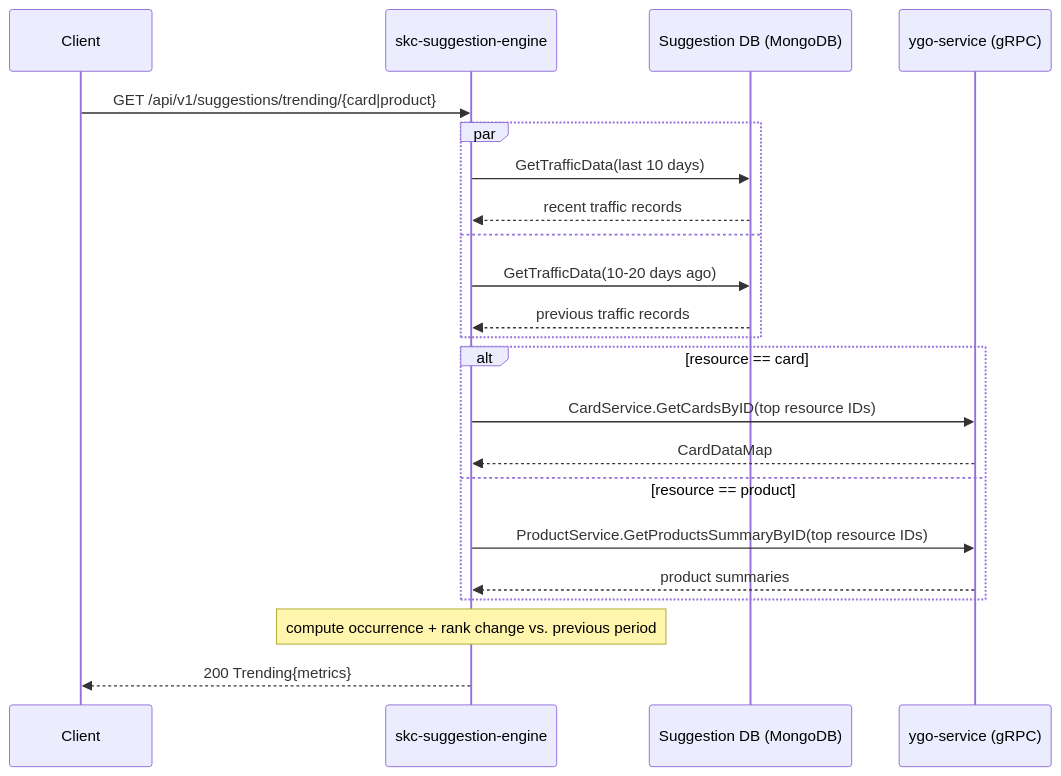
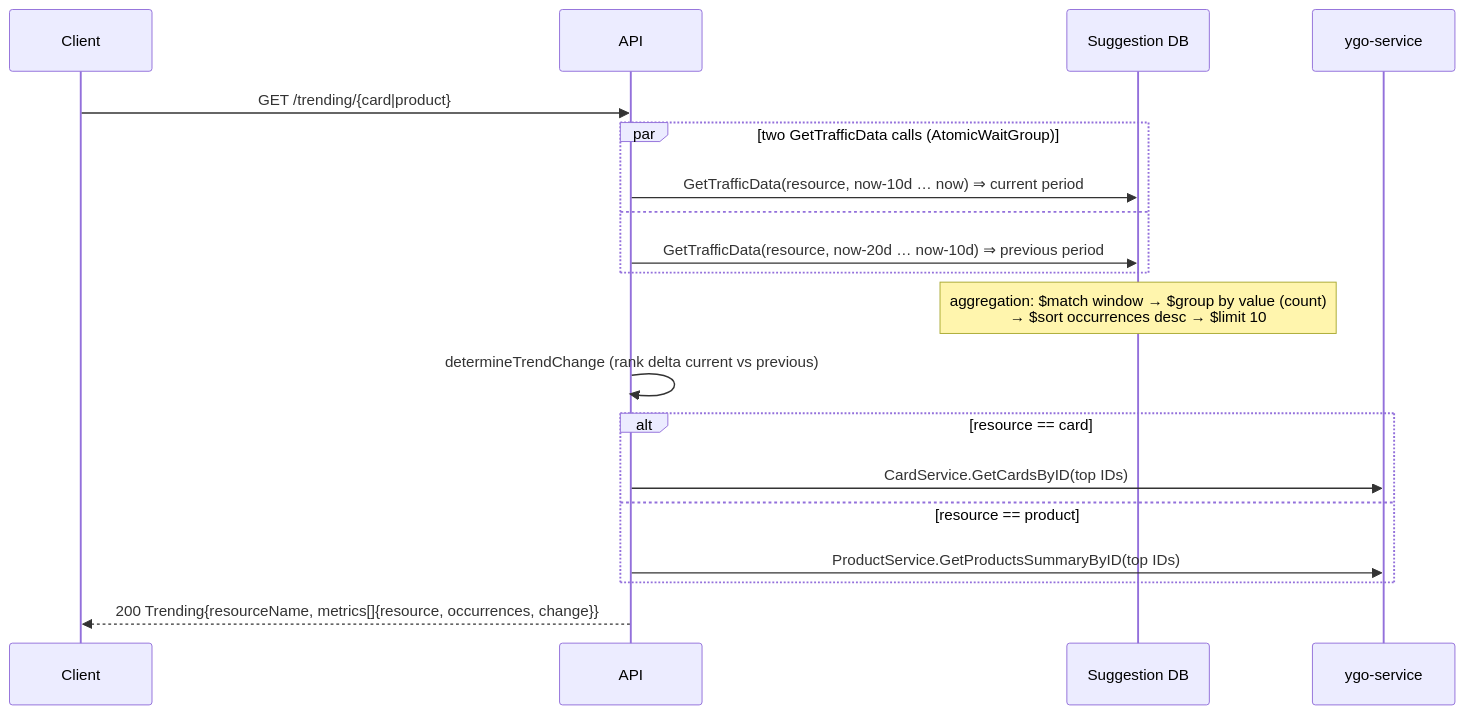
One commit to ygo-skc/skc-suggestion-engine changed diagram 12 of 14 in SYSTEM_DESIGN.md. Above: the diagram before and after it, drawn with Mermaid. The commit also changed other lines of this file, not shown here.

````diff
--- a/SYSTEM_DESIGN.md
+++ b/SYSTEM_DESIGN.md
@@ -285,25 +526,22 @@
 ```mermaid
 sequenceDiagram
     participant Client
-    participant API as skc-suggestion-engine
-    participant DB as Suggestion DB (MongoDB)
-    participant YGO as ygo-service (gRPC)
+    participant API
+    participant DB as Suggestion DB
+    participant YGO as ygo-service
 
-    Client->>API: GET /api/v1/suggestions/trending/{card|product}
-    par
-        API->>DB: GetTrafficData(last 10 days)
-        DB-->>API: recent traffic records
+    Client->>API: GET /trending/{card|product}
+    par two GetTrafficData calls (AtomicWaitGroup)
+        API->>DB: GetTrafficData(resource, now-10d … now)     ⇒ current period
     and
-        API->>DB: GetTrafficData(10-20 days ago)
-        DB-->>API: previous traffic records
+        API->>DB: GetTrafficData(resource, now-20d … now-10d) ⇒ previous period
     end
+    Note over DB: aggregation: $match window → $group by value (count)<br/>→ $sort occurrences desc → $limit 10
+    API->>API: determineTrendChange (rank delta current vs previous)
     alt resource == card
-        API->>YGO: CardService.GetCardsByID(top resource IDs)
-        YGO-->>API: CardDataMap
+        API->>YGO: CardService.GetCardsByID(top IDs)
     else resource == product
-        API->>YGO: ProductService.GetProductsSummaryByID(top resource IDs)
-        YGO-->>API: product summaries
+        API->>YGO: ProductService.GetProductsSummaryByID(top IDs)
     end
-    Note over API: compute occurrence + rank change vs. previous period
-    API-->>Client: 200 Trending{metrics}
+    API-->>Client: 200 Trending{resourceName, metrics[]{resource, occurrences, change}}
 ```
````
